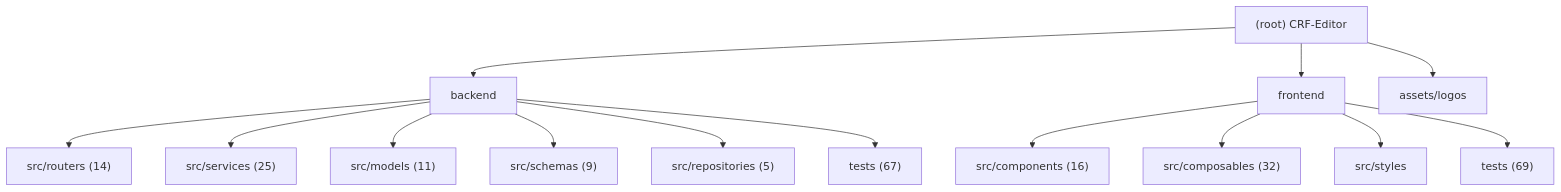
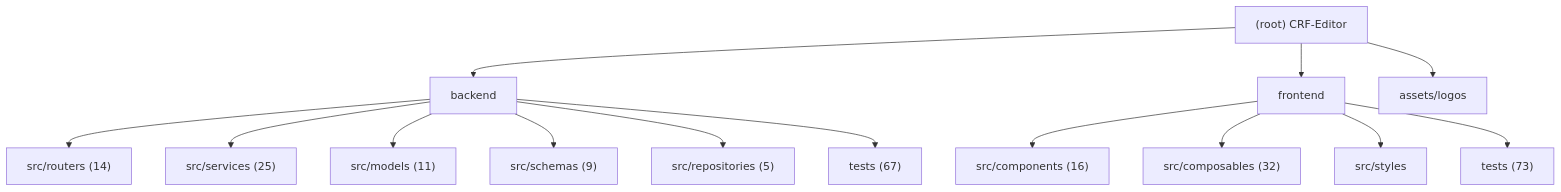
One commit to decade6666/CRF-Editor changed the diagram in .claude/CLAUDE.md. Above: the diagram before and after it, drawn with Mermaid. The commit also changed other lines of this file and 13 other files, not shown here.

````diff
--- a/.claude/CLAUDE.md
+++ b/.claude/CLAUDE.md
@@ -15,19 +15,19 @@
 ```mermaid
 graph TD
     A["(root) CRF-Editor"] --> B["backend"];
     B --> B1["src/routers (14)"];
     B --> B2["src/services (25)"];
     B --> B3["src/models (11)"];
     B --> B4["src/schemas (9)"];
     B --> B5["src/repositories (5)"];
     B --> B6["tests (67)"];
     A --> C["frontend"];
     C --> C1["src/components (16)"];
     C --> C2["src/composables (32)"];
     C --> C3["src/styles"];
-    C --> C4["tests (69)"];
+    C --> C4["tests (73)"];
     A --> D["assets/logos"];
 
     click B "./backend/.claude/CLAUDE.md" "View backend module docs"
     click C "./frontend/.claude/CLAUDE.md" "View frontend module docs"
 ```
````
